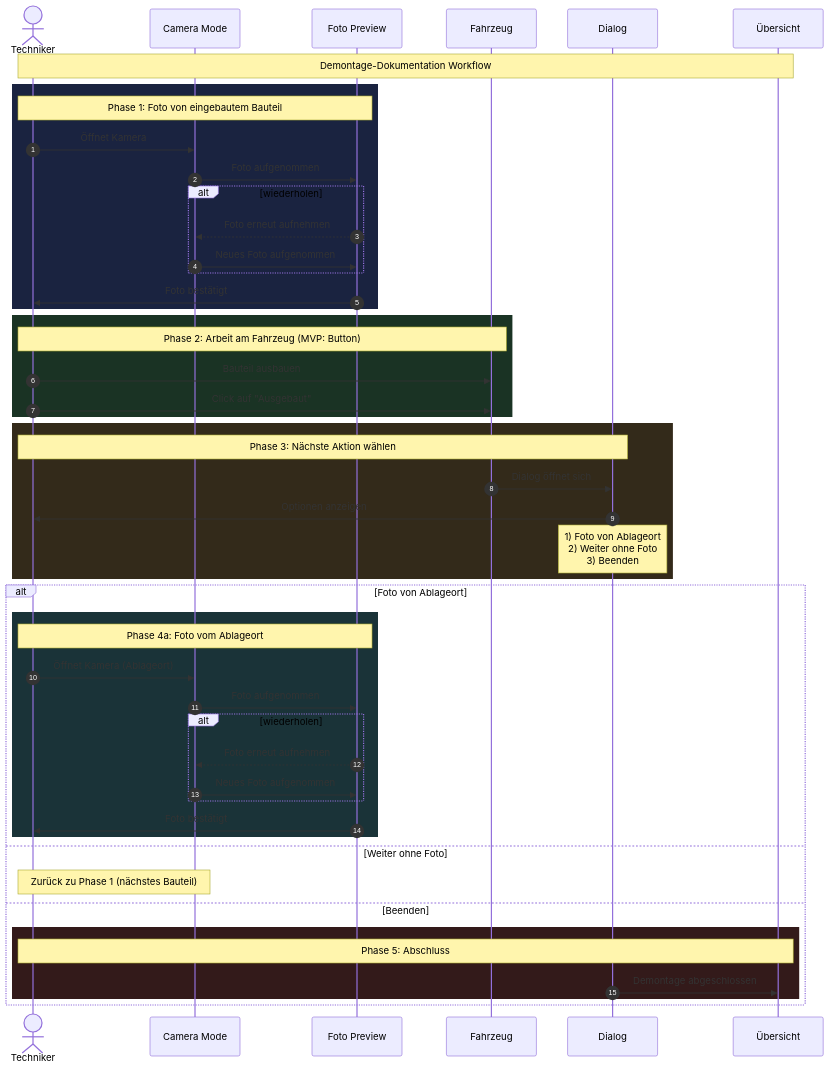
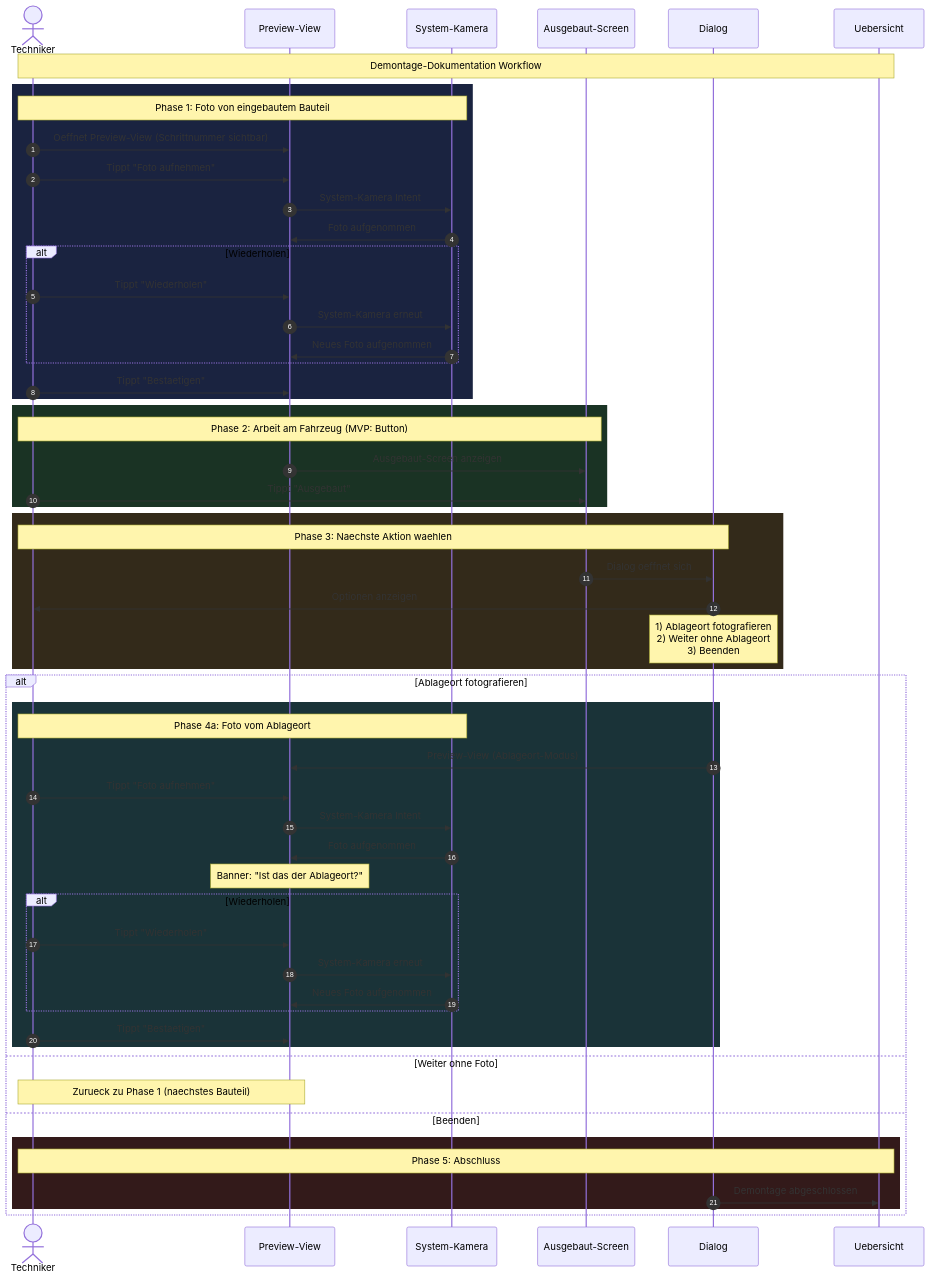
The second of 2 diagrams in docs/specs/F-003-demontage/README.md (KuestenFlunder/BoltMind), drawn with Mermaid before and after one commit. The commit also changed other lines of this file and 7 other files, not shown here.

````diff
--- a/docs/specs/F-003-demontage/README.md
+++ b/docs/specs/F-003-demontage/README.md
@@ -42,56 +178,63 @@
 ```mermaid
 sequenceDiagram
     autonumber
     actor T as Techniker
-    participant C as Camera Mode
-    participant P as Foto Preview
-    participant F as Fahrzeug
+    participant PV as Preview-View
+    participant SK as System-Kamera
+    participant F as Ausgebaut-Screen
     participant D as Dialog
-    participant U as Übersicht
+    participant U as Uebersicht
 
     Note over T,U: Demontage-Dokumentation Workflow
 
     rect rgb(26, 35, 64)
-        Note over T,P: Phase 1: Foto von eingebautem Bauteil
-        T->>C: Öffnet Kamera
-        C->>P: Foto aufgenommen
-        alt wiederholen
-            P-->>C: Foto erneut aufnehmen
-            C->>P: Neues Foto aufgenommen
+        Note over T,SK: Phase 1: Foto von eingebautem Bauteil
+        T->>PV: Oeffnet Preview-View (Schrittnummer sichtbar)
+        T->>PV: Tippt "Foto aufnehmen"
+        PV->>SK: System-Kamera Intent
+        SK->>PV: Foto aufgenommen
+        alt Wiederholen
+            T->>PV: Tippt "Wiederholen"
+            PV->>SK: System-Kamera erneut
+            SK->>PV: Neues Foto aufgenommen
         end
-        P->>T: Foto bestätigt
+        T->>PV: Tippt "Bestaetigen"
     end
 
     rect rgb(26, 51, 36)
         Note over T,F: Phase 2: Arbeit am Fahrzeug (MVP: Button)
-        T->>F: Bauteil ausbauen
-        T->>F: Click auf "Ausgebaut"
+        PV->>F: Ausgebaut-Screen anzeigen
+        T->>F: Tippt "Ausgebaut"
     end
 
     rect rgb(51, 42, 26)
-        Note over T,D: Phase 3: Nächste Aktion wählen
-        F->>D: Dialog öffnet sich
+        Note over T,D: Phase 3: Naechste Aktion waehlen
+        F->>D: Dialog oeffnet sich
         D->>T: Optionen anzeigen
-        Note over D: 1) Foto von Ablageort<br/>2) Weiter ohne Foto<br/>3) Beenden
+        Note over D: 1) Ablageort fotografieren<br/>2) Weiter ohne Ablageort<br/>3) Beenden
     end
 
-    alt Foto von Ablageort
+    alt Ablageort fotografieren
         rect rgb(26, 51, 56)
-            Note over T,P: Phase 4a: Foto vom Ablageort
-            T->>C: Öffnet Kamera (Ablageort)
-            C->>P: Foto aufgenommen
-            alt wiederholen
-                P-->>C: Foto erneut aufnehmen
-                C->>P: Neues Foto aufgenommen
+            Note over T,SK: Phase 4a: Foto vom Ablageort
+            D->>PV: Preview-View (Ablageort-Modus)
+            T->>PV: Tippt "Foto aufnehmen"
+            PV->>SK: System-Kamera Intent
+            SK->>PV: Foto aufgenommen
+            Note over PV: Banner: "Ist das der Ablageort?"
+            alt Wiederholen
+                T->>PV: Tippt "Wiederholen"
+                PV->>SK: System-Kamera erneut
+                SK->>PV: Neues Foto aufgenommen
             end
-            P->>T: Foto bestätigt
+            T->>PV: Tippt "Bestaetigen"
         end
     else Weiter ohne Foto
-        Note over T,C: Zurück zu Phase 1 (nächstes Bauteil)
+        Note over T,PV: Zurueck zu Phase 1 (naechstes Bauteil)
     else Beenden
         rect rgb(51, 26, 26)
             Note over T,U: Phase 5: Abschluss
             D->>U: Demontage abgeschlossen
         end
     end
 ```
````
